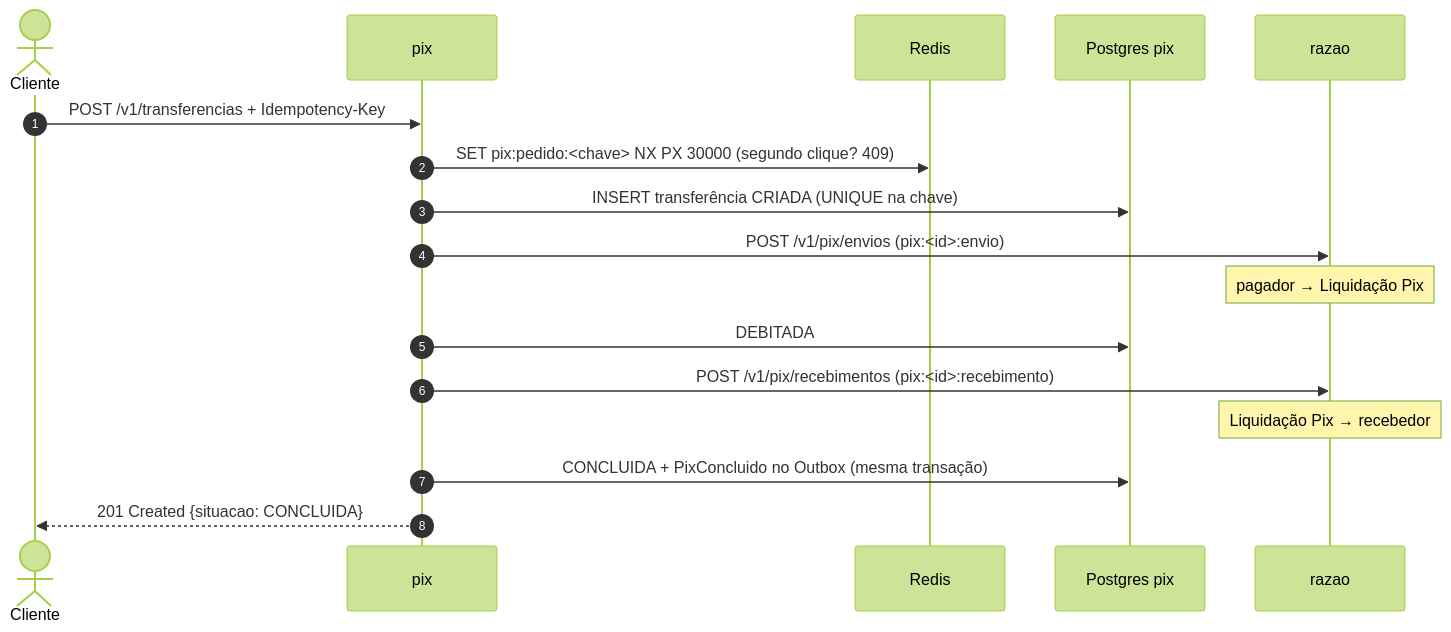
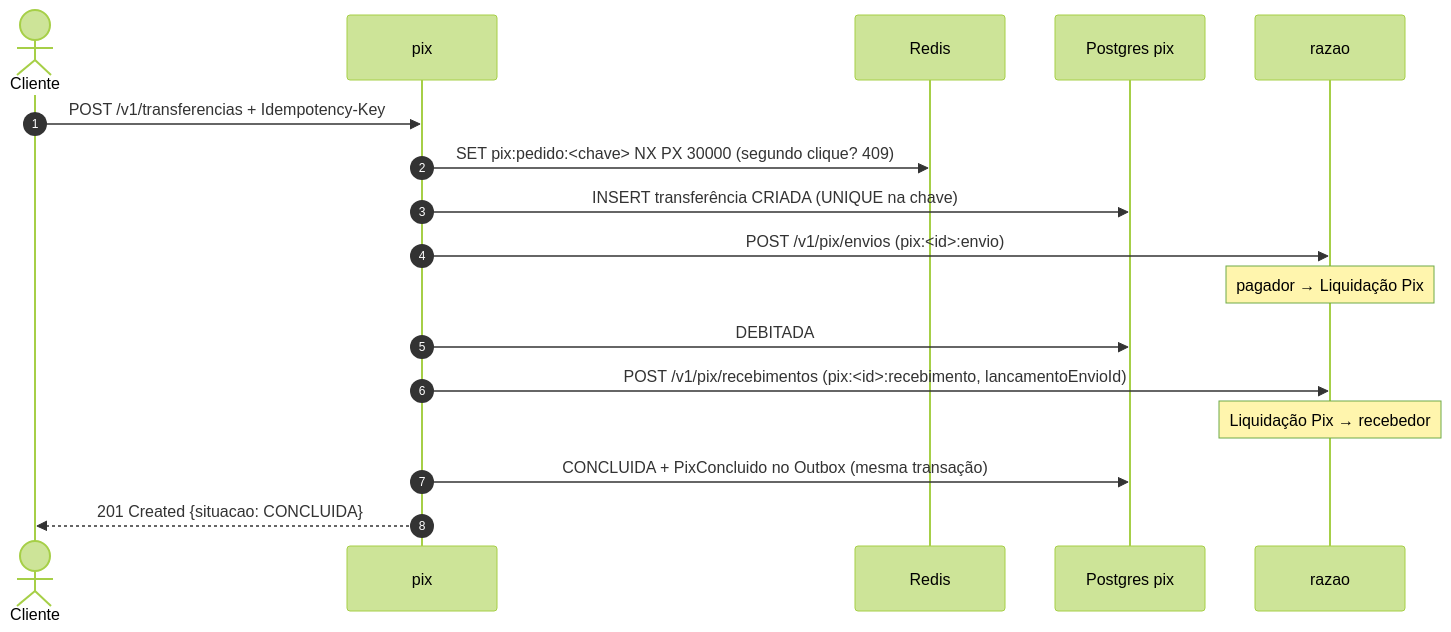
The diagram in servicos/pix/README.md (alanjoffre/ledgerly-bank), drawn with Mermaid (forest theme) before and after one commit. The commit also changed other lines of this file and 112 other files, not shown here.

````diff
--- a/servicos/pix/README.md
+++ b/servicos/pix/README.md
@@ -17,20 +17,20 @@
 ```mermaid
 sequenceDiagram
     autonumber
     actor C as Cliente
     participant PX as pix
     participant R as Redis
     participant DB as Postgres pix
     participant RZ as razao
 
     C->>PX: POST /v1/transferencias + Idempotency-Key
     PX->>R: SET pix:pedido:<chave> NX PX 30000 (segundo clique? 409)
     PX->>DB: INSERT transferência CRIADA (UNIQUE na chave)
     PX->>RZ: POST /v1/pix/envios (pix:<id>:envio)
     Note over RZ: pagador → Liquidação Pix
     PX->>DB: DEBITADA
-    PX->>RZ: POST /v1/pix/recebimentos (pix:<id>:recebimento)
+    PX->>RZ: POST /v1/pix/recebimentos (pix:<id>:recebimento, lancamentoEnvioId)
     Note over RZ: Liquidação Pix → recebedor
     PX->>DB: CONCLUIDA + PixConcluido no Outbox (mesma transação)
     PX-->>C: 201 Created {situacao: CONCLUIDA}
 ```
````
